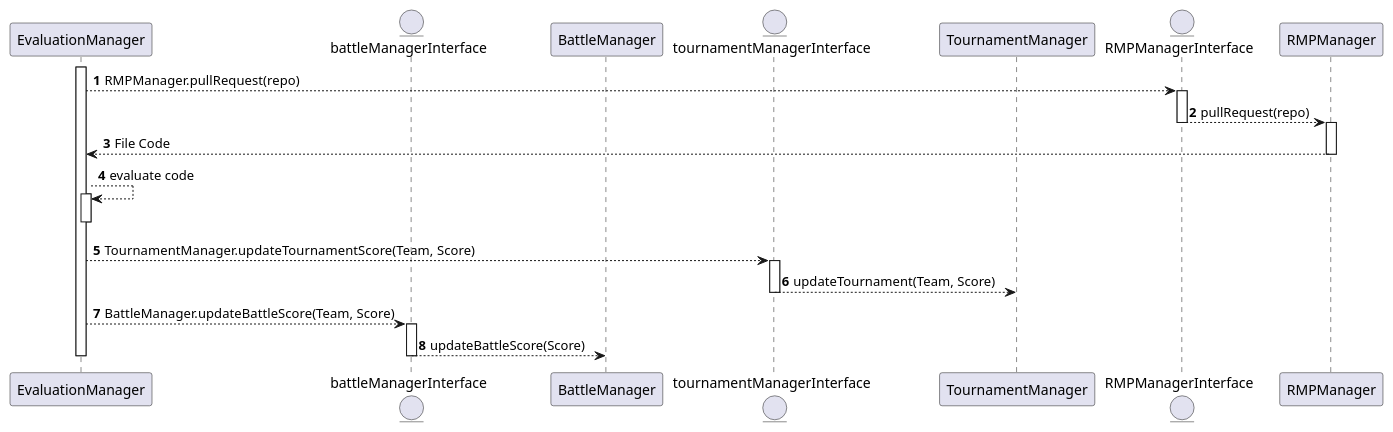
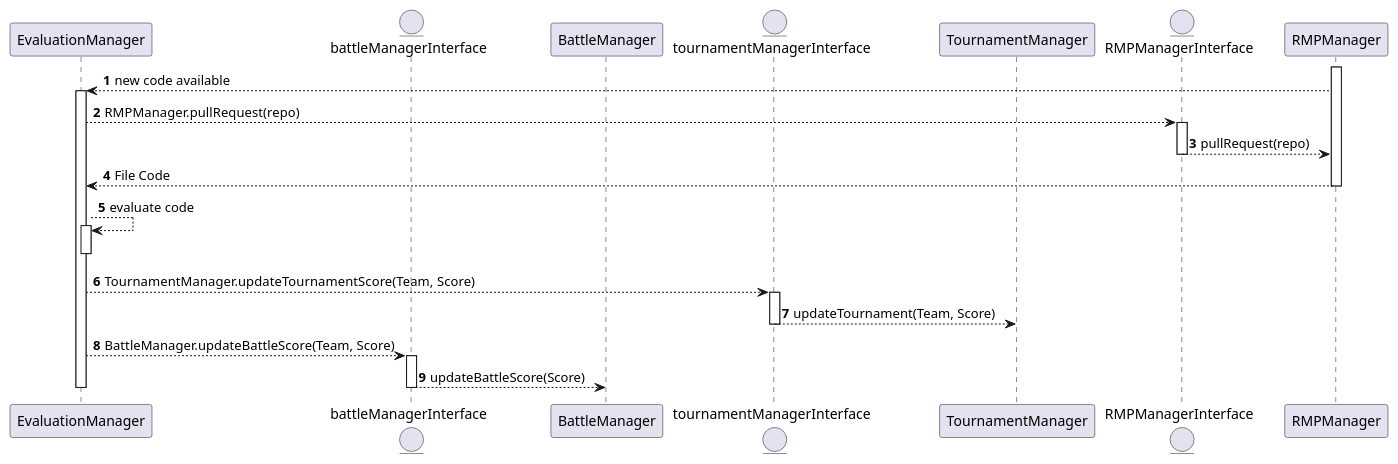
One commit to Angelo7672/SE2_Requirement-and-Design-Document changed the diagram in _DD/Images/sequenceDiagrams/evaluateCode.wsd. Above: the diagram before and after it, drawn with PlantUML. The commit also changed 4 other files, not shown here.

```diff
--- a/_DD/Images/sequenceDiagrams/evaluateCode.wsd
+++ b/_DD/Images/sequenceDiagrams/evaluateCode.wsd
@@ -1,34 +1,34 @@
 @startuml
 
 autonumber
 
 participant EvaluationManager as EM
 entity battleManagerInterface as BMI
 participant BattleManager as BM
 entity tournamentManagerInterface as TMI
 participant TournamentManager as TM
 entity RMPManagerInterface as RMI
 participant RMPManager as RMP
 
-
+activate RMP
+RMP --> EM: new code available
 activate EM
 EM --> RMI: RMPManager.pullRequest(repo)
 activate RMI
 RMI --> RMP: pullRequest(repo)
 deactivate RMI
-activate RMP
 RMP --> EM: File Code
 deactivate RMP
 EM --> EM: evaluate code
 activate EM
 deactivate EM
 EM --> TMI: TournamentManager.updateTournamentScore(Team, Score)
 activate TMI
 TMI --> TM: updateTournament(Team, Score)
 deactivate TMI
 EM --> BMI: BattleManager.updateBattleScore(Team, Score)
 activate BMI
 BMI --> BM: updateBattleScore(Score)
 deactivate BMI
 deactivate EM
 @enduml
```
